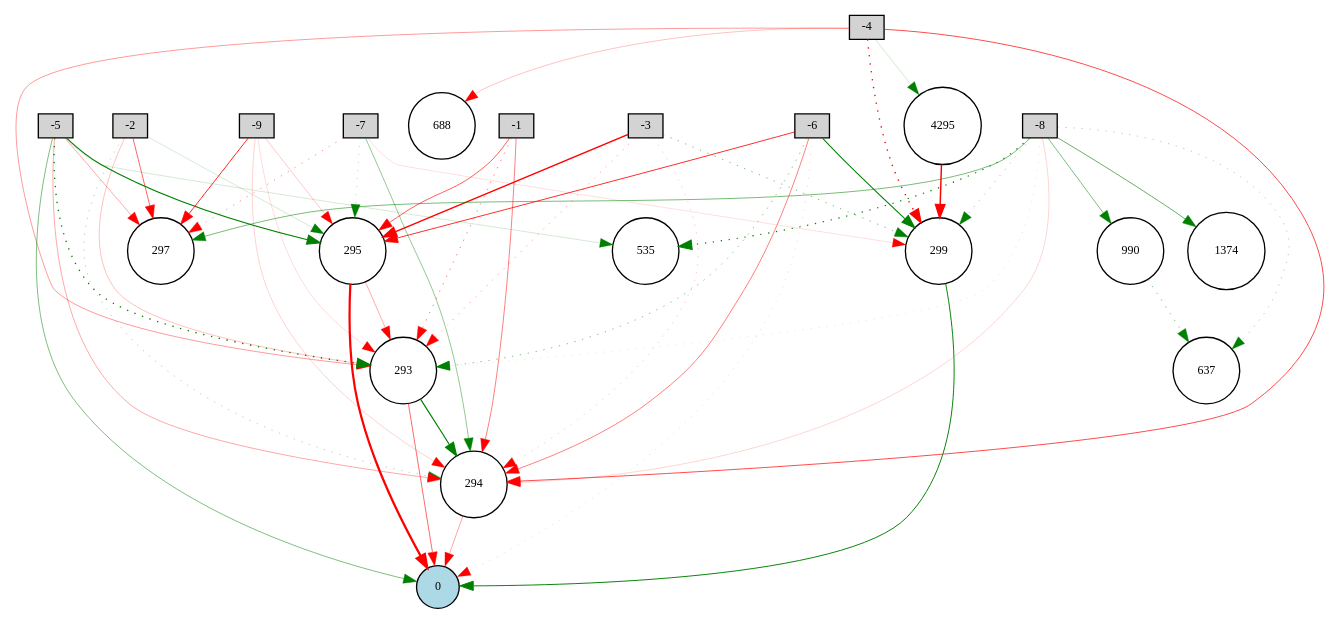
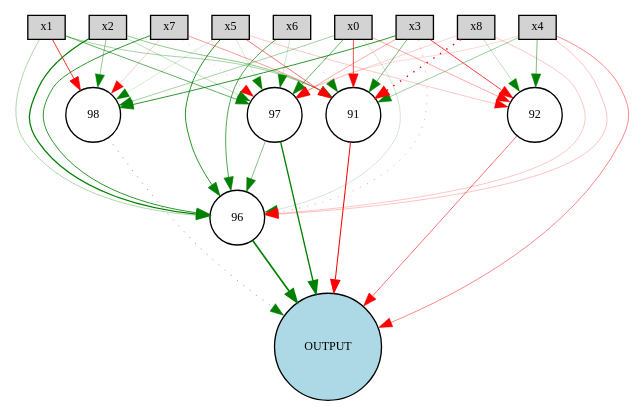
The diagram in Код/winner-mnist.gv (a4m123/Neuroevolutionary-computing), drawn with Graphviz before and after one commit. The commit also changed 9 other files, not shown here.

```diff
--- a/Код/winner-mnist.gv
+++ b/Код/winner-mnist.gv
@@ -1,75 +1,63 @@
 digraph {
 	node [fontsize=9 height=0.2 shape=circle width=0.2]
-	-1 [fillcolor=lightgray shape=box style=filled]
-	-2 [fillcolor=lightgray shape=box style=filled]
-	-3 [fillcolor=lightgray shape=box style=filled]
-	-4 [fillcolor=lightgray shape=box style=filled]
-	-5 [fillcolor=lightgray shape=box style=filled]
-	-6 [fillcolor=lightgray shape=box style=filled]
-	-7 [fillcolor=lightgray shape=box style=filled]
-	-8 [fillcolor=lightgray shape=box style=filled]
-	-9 [fillcolor=lightgray shape=box style=filled]
-	0 [fillcolor=lightblue style=filled]
-	1374 [fillcolor=white style=filled]
-	293 [fillcolor=white style=filled]
-	294 [fillcolor=white style=filled]
-	295 [fillcolor=white style=filled]
-	4295 [fillcolor=white style=filled]
-	297 [fillcolor=white style=filled]
-	299 [fillcolor=white style=filled]
-	688 [fillcolor=white style=filled]
-	535 [fillcolor=white style=filled]
-	637 [fillcolor=white style=filled]
-	990 [fillcolor=white style=filled]
-	-1 -> 293 [color=red penwidth=0.4009654361759971 style=dotted]
-	-1 -> 295 [color=red penwidth=0.47834096572722284 style=solid]
-	-2 -> 293 [color=red penwidth=0.18751436814467393 style=solid]
-	-2 -> 294 [color=green penwidth=0.24371760796338943 style=dotted]
-	-2 -> 295 [color=green penwidth=0.12701237767497348 style=solid]
-	-2 -> 297 [color=red penwidth=0.4618092454008009 style=solid]
-	-3 -> 293 [color=red penwidth=0.2915968495819894 style=dotted]
-	-3 -> 294 [color=red penwidth=0.1684197154397738 style=dotted]
-	-3 -> 295 [color=red penwidth=1.0809186507769712 style=solid]
-	-3 -> 299 [color=green penwidth=0.4001845070038643 style=dotted]
-	-4 -> 293 [color=red penwidth=0.29691818324328767 style=solid]
-	-4 -> 294 [color=red penwidth=0.5307453430958863 style=solid]
-	-4 -> 299 [color=red penwidth=1.0443163726799543 style=dotted]
-	-5 -> 293 [color=green penwidth=1.0069966192084134 style=dotted]
-	-5 -> 294 [color=red penwidth=0.26203479386843537 style=solid]
-	-5 -> 295 [color=green penwidth=0.8230845195583455 style=solid]
-	-5 -> 297 [color=red penwidth=0.2619538654695117 style=solid]
-	-6 -> 293 [color=green penwidth=0.3707845185444273 style=dotted]
-	-6 -> 294 [color=red penwidth=0.3758838320068568 style=solid]
-	-6 -> 295 [color=red penwidth=0.6196150805919017 style=solid]
-	-6 -> 299 [color=green penwidth=0.7822278548506658 style=solid]
-	-7 -> 294 [color=green penwidth=0.31820373526570433 style=solid]
-	-7 -> 295 [color=green penwidth=0.18730027491030748 style=dotted]
-	-7 -> 297 [color=red penwidth=0.31682895706115277 style=dotted]
-	-7 -> 299 [color=red penwidth=0.10169969417112916 style=solid]
-	-8 -> 293 [color=green penwidth=0.10422110490171514 style=dotted]
-	-8 -> 294 [color=red penwidth=0.132271727927118 style=solid]
-	-8 -> 297 [color=green penwidth=0.4010929161758662 style=solid]
-	-8 -> 299 [color=green penwidth=0.25605328829181034 style=dotted]
-	-9 -> 293 [color=red penwidth=0.11111688788700358 style=solid]
-	-9 -> 294 [color=red penwidth=0.14197627982041855 style=solid]
-	-9 -> 295 [color=red penwidth=0.16538321715139487 style=solid]
-	-9 -> 297 [color=red penwidth=0.6494016197621602 style=solid]
-	293 -> 0 [color=red penwidth=0.4363973773791988 style=solid]
-	294 -> 0 [color=red penwidth=0.2728772843746847 style=solid]
-	295 -> 0 [color=red penwidth=1.6656593350426547 style=solid]
-	299 -> 0 [color=green penwidth=0.7188124139488538 style=solid]
-	-8 -> 535 [color=green penwidth=0.8504530215648566 style=dotted]
-	-5 -> 0 [color=green penwidth=0.3779039861003727 style=solid]
-	-8 -> 637 [color=green penwidth=0.24011122800855483 style=dotted]
-	-6 -> 0 [color=red penwidth=0.12267406480112944 style=dotted]
-	-4 -> 688 [color=red penwidth=0.18425068892972185 style=solid]
-	293 -> 294 [color=green penwidth=0.9044866092675459 style=solid]
-	-1 -> 294 [color=red penwidth=0.38166814362645096 style=solid]
-	-8 -> 990 [color=green penwidth=0.3814030154568253 style=solid]
-	990 -> 637 [color=green penwidth=0.39454644382751625 style=dotted]
-	295 -> 293 [color=red penwidth=0.25213252751483517 style=solid]
-	-8 -> 1374 [color=green penwidth=0.4550000260189191 style=solid]
-	-4 -> 4295 [color=green penwidth=0.13967444167646925 style=solid]
-	4295 -> 299 [color=red penwidth=1.0863424246314464 style=solid]
-	-5 -> 535 [color=green penwidth=0.13001552288897736 style=solid]
+	x0 [fillcolor=lightgray shape=box style=filled]
+	x1 [fillcolor=lightgray shape=box style=filled]
+	x2 [fillcolor=lightgray shape=box style=filled]
+	x3 [fillcolor=lightgray shape=box style=filled]
+	x4 [fillcolor=lightgray shape=box style=filled]
+	x5 [fillcolor=lightgray shape=box style=filled]
+	x6 [fillcolor=lightgray shape=box style=filled]
+	x7 [fillcolor=lightgray shape=box style=filled]
+	x8 [fillcolor=lightgray shape=box style=filled]
+	OUTPUT [fillcolor=lightblue style=filled]
+	97 [fillcolor=white style=filled]
+	96 [fillcolor=white style=filled]
+	98 [fillcolor=white style=filled]
+	91 [fillcolor=white style=filled]
+	92 [fillcolor=white style=filled]
+	x0 -> 91 [color=red penwidth=0.5247975916400092 style=solid]
+	x0 -> 92 [color=red penwidth=0.25652081980694197 style=solid]
+	x0 -> 96 [color=green penwidth=0.13995815069358797 style=solid]
+	x0 -> 97 [color=green penwidth=0.4350280262918599 style=solid]
+	x0 -> 98 [color=green penwidth=0.2718680446609224 style=solid]
+	x1 -> 91 [color=green penwidth=0.2618294337784274 style=solid]
+	x1 -> 96 [color=green penwidth=0.24092435815252153 style=solid]
+	x1 -> 97 [color=green penwidth=0.4591485680270607 style=solid]
+	x1 -> 98 [color=red penwidth=0.6150312397517633 style=solid]
+	x2 -> 91 [color=green penwidth=0.3301892156073596 style=solid]
+	x2 -> 96 [color=green penwidth=0.9482553762280957 style=solid]
+	x2 -> 97 [color=green penwidth=0.19135768240648793 style=solid]
+	x2 -> 98 [color=green penwidth=0.3228787004400677 style=solid]
+	x3 -> 91 [color=green penwidth=0.3865092606817587 style=solid]
+	x3 -> 92 [color=red penwidth=0.5749417456346959 style=solid]
+	x3 -> 96 [color=red penwidth=0.23134775337236496 style=dotted]
+	x3 -> 97 [color=red penwidth=0.2632444837608967 style=solid]
+	x3 -> 98 [color=green penwidth=0.6229472801757112 style=solid]
+	x4 -> 91 [color=green penwidth=0.2903239444967417 style=solid]
+	x4 -> 92 [color=green penwidth=0.38801040113778107 style=solid]
+	x4 -> 96 [color=red penwidth=0.1801693526664392 style=solid]
+	x4 -> 97 [color=red penwidth=0.11931958909908187 style=solid]
+	x5 -> 91 [color=red penwidth=0.40875354542225717 style=solid]
+	x5 -> 92 [color=red penwidth=0.16520723964639633 style=solid]
+	x5 -> 96 [color=green penwidth=0.6400393816662021 style=solid]
+	x5 -> 97 [color=green penwidth=0.12209138130369003 style=solid]
+	x5 -> 98 [color=green penwidth=0.12379058960851645 style=solid]
+	x6 -> 91 [color=green penwidth=0.18000077644203688 style=dotted]
+	x6 -> 96 [color=green penwidth=0.5207150439704216 style=solid]
+	x6 -> 97 [color=green penwidth=0.15539232480925608 style=solid]
+	x7 -> 91 [color=red penwidth=0.30060908959828186 style=solid]
+	x7 -> 96 [color=green penwidth=0.617014036145195 style=solid]
+	x7 -> 97 [color=red penwidth=0.17795933327624036 style=dotted]
+	x7 -> 98 [color=red penwidth=0.14778533878052721 style=solid]
+	x8 -> 91 [color=red penwidth=1.1627959731551871 style=dotted]
+	x8 -> 92 [color=green penwidth=0.18970218686627796 style=solid]
+	x8 -> 96 [color=red penwidth=0.1701281357183625 style=solid]
+	x8 -> 97 [color=red penwidth=0.13728662788984147 style=solid]
+	91 -> OUTPUT [color=red penwidth=0.7553689578156657 style=solid]
+	92 -> OUTPUT [color=red penwidth=0.4204621914346939 style=solid]
+	96 -> OUTPUT [color=green penwidth=1.2501226164361618 style=solid]
+	97 -> OUTPUT [color=green penwidth=0.9970856017722832 style=solid]
+	98 -> OUTPUT [color=green penwidth=0.36786270549836153 style=dotted]
+	97 -> 96 [color=green penwidth=0.36032309151856146 style=solid]
+	x4 -> OUTPUT [color=red penwidth=0.3524073279167974 style=solid]
 }
```
